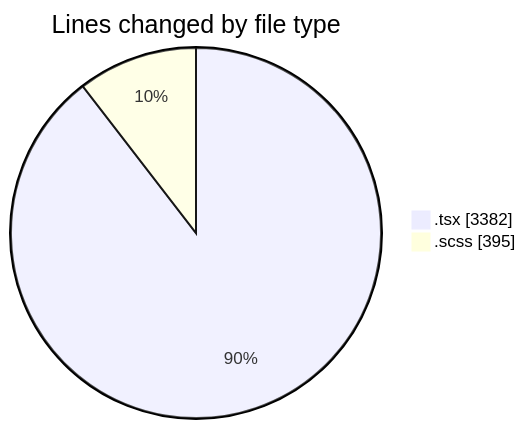
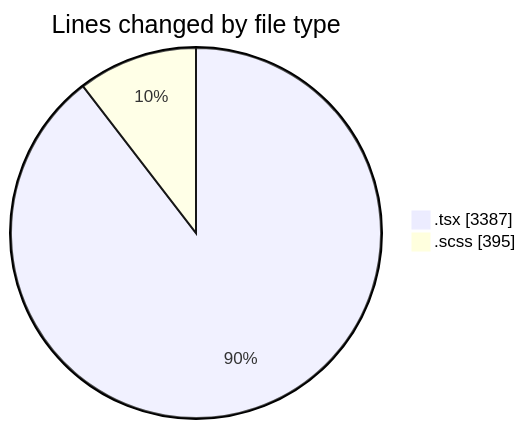
Before and after one commit to momahboobian/code-tracking: the first of 2 diagrams in 2025-09-30/cda/README.md, drawn with Mermaid. The commit also changed other lines of this file and 1 other file, not shown here.

````diff
--- a/2025-09-30/cda/README.md
+++ b/2025-09-30/cda/README.md
@@ -25,6 +25,6 @@
 ```mermaid
 pie showData
 title Lines changed by file type
-".tsx" : 3382
+".tsx" : 3387
 ".scss" : 395
 ```
````
